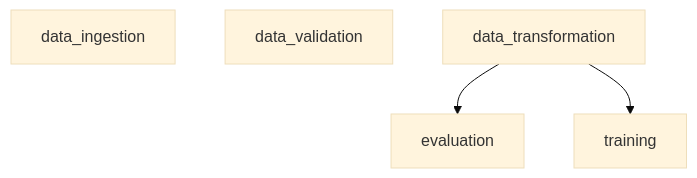
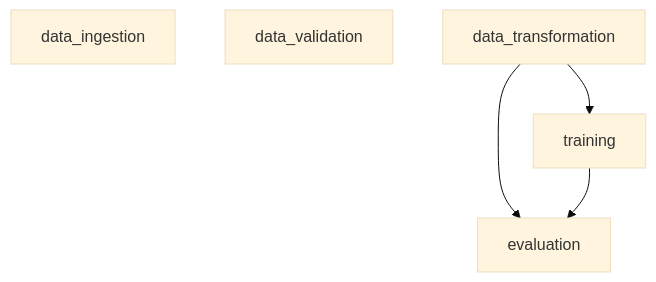
The diagram in SentimentAPI/.dvc/tmp/dag.md (AKISHPOTHURI/SentimentAnalysis), drawn with Mermaid (base theme) before and after one commit. The commit also changed 13 other files, not shown here.

````diff
--- a/SentimentAPI/.dvc/tmp/dag.md
+++ b/SentimentAPI/.dvc/tmp/dag.md
@@ -1,10 +1,11 @@
 ```mermaid
 flowchart TD
 	node1["data_ingestion"]
 	node2["data_validation"]
 	node3["data_transformation"]
 	node4["evaluation"]
 	node5["training"]
 	node3-->node4
 	node3-->node5
+	node5-->node4
 ```
````
